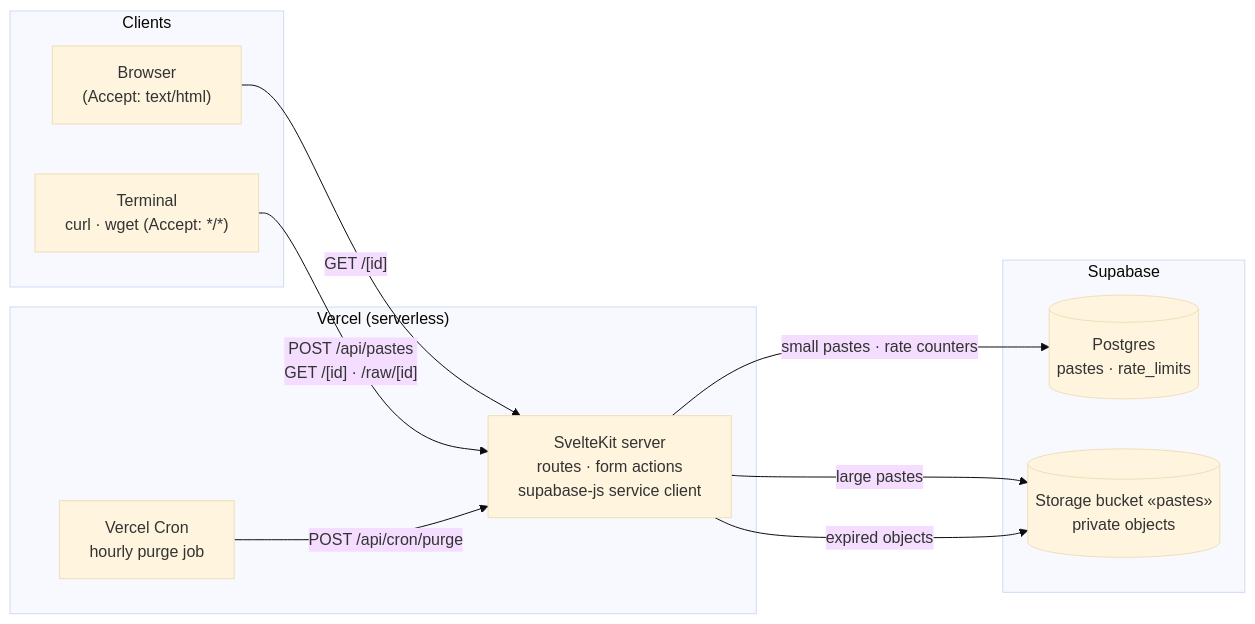
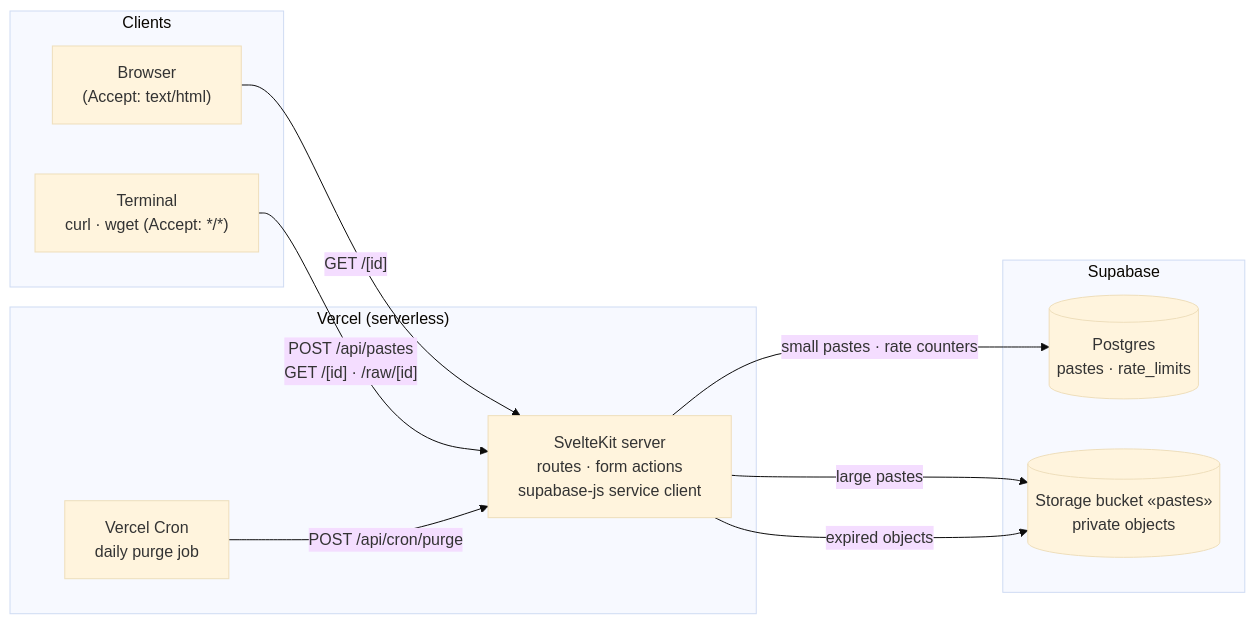
Before and after one commit to bekars-space/paste: the first of 3 diagrams in docs/architecture.md, drawn with Mermaid (base theme). The commit also changed other lines of this file and 3 other files, not shown here.

Commit message:
chore(cron): run purge daily for Vercel Hobby plan limit

````diff
--- a/docs/architecture.md
+++ b/docs/architecture.md
@@ -34,24 +34,24 @@
 ```mermaid
 flowchart LR
     subgraph clients ["Clients"]
         B["Browser<br/>(Accept: text/html)"]
         T["Terminal<br/>curl · wget (Accept: */*)"]
     end
 
     subgraph vercel ["Vercel (serverless)"]
         SK["SvelteKit server<br/>routes · form actions<br/>supabase-js service client"]
-        CR["Vercel Cron<br/>hourly purge job"]
+        CR["Vercel Cron<br/>daily purge job"]
     end
 
     subgraph supabase ["Supabase"]
         PG[("Postgres<br/>pastes · rate_limits")]
         ST[("Storage bucket «pastes»<br/>private objects")]
     end
 
     B -->|"GET /[id]"| SK
     T -->|"POST /api/pastes<br/>GET /[id] · /raw/[id]"| SK
     CR -->|"POST /api/cron/purge"| SK
     SK -->|"small pastes · rate counters"| PG
     SK -->|"large pastes"| ST
     SK -->|"expired objects"| ST
 ```
````
